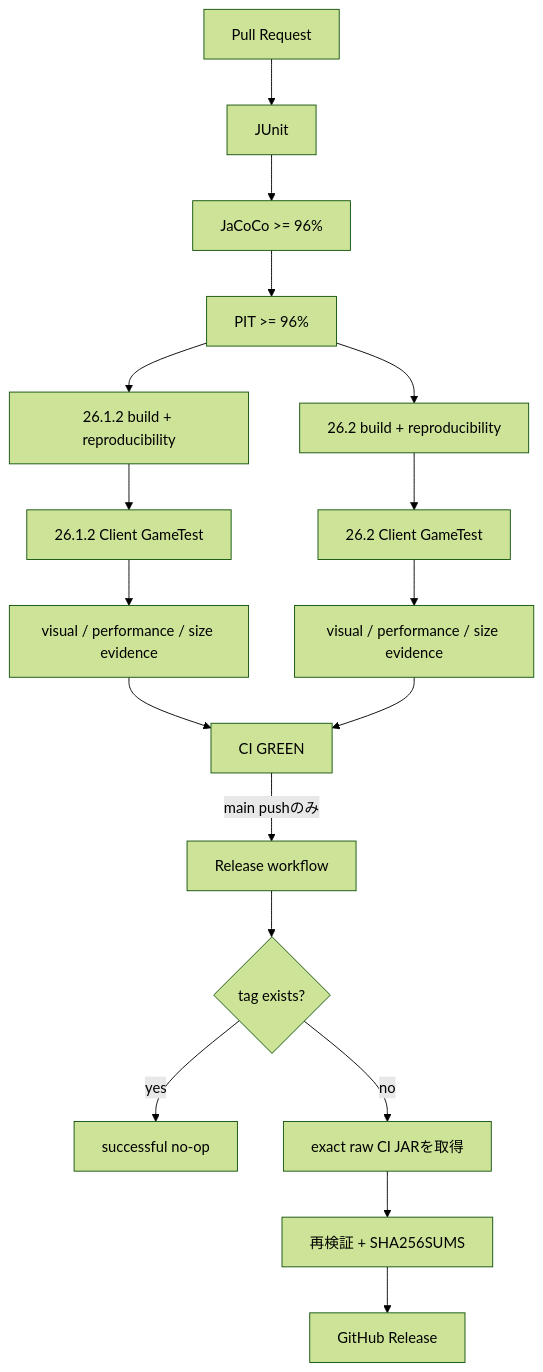
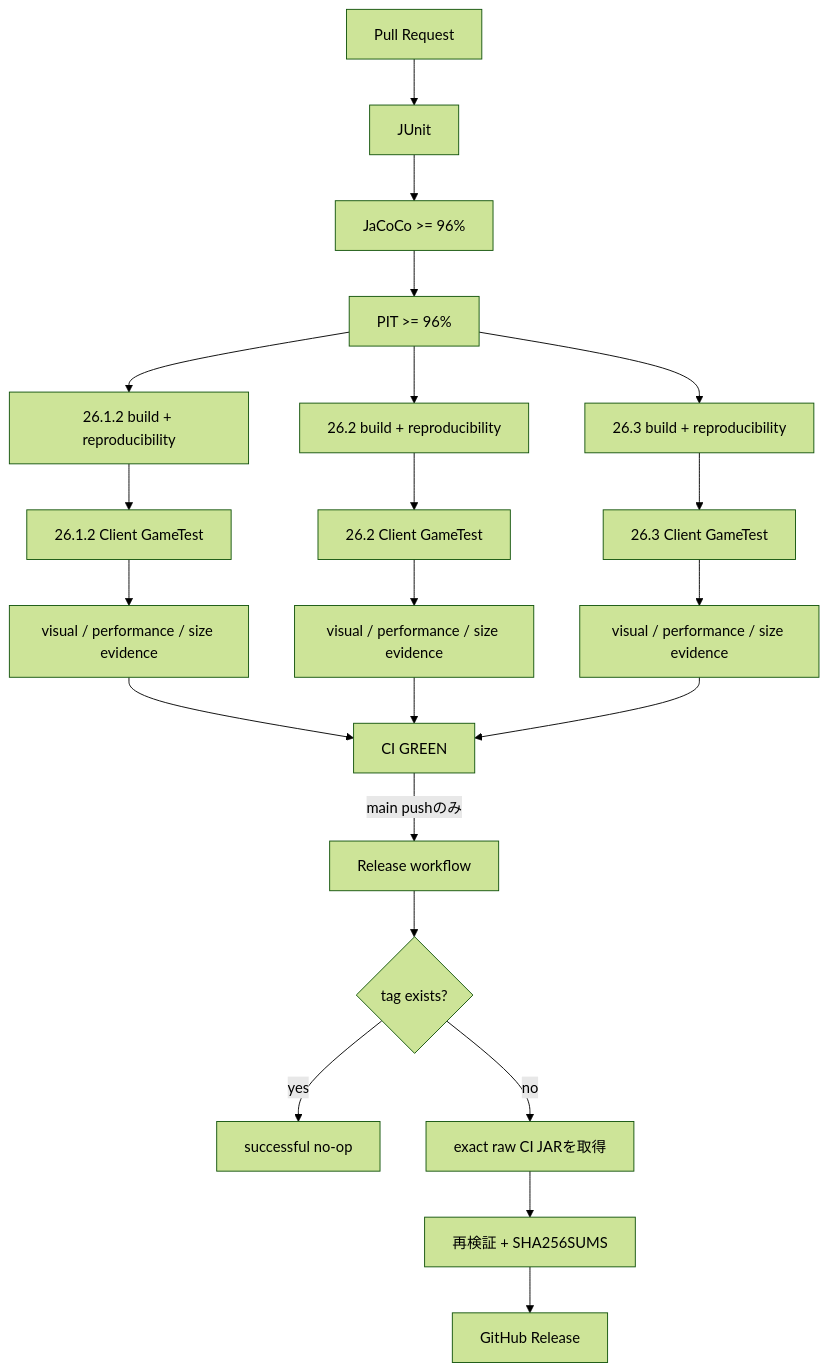
One commit to bosatsu25/BlockLens changed the fifth of 6 diagrams in README_ja.md. Above: the diagram before and after it, drawn with Mermaid (forest theme). The commit also changed other lines of this file and 1 other file, not shown here.

````diff
--- a/README_ja.md
+++ b/README_ja.md
@@ -284,20 +301,24 @@
 ```mermaid
 flowchart TD
     PR[Pull Request] --> U[JUnit]
     U --> J[JaCoCo >= 96%]
     J --> P[PIT >= 96%]
     P --> B1[26.1.2 build + reproducibility]
     P --> B2[26.2 build + reproducibility]
+    P --> B3[26.3 build + reproducibility]
     B1 --> G1[26.1.2 Client GameTest]
     B2 --> G2[26.2 Client GameTest]
+    B3 --> G3[26.3 Client GameTest]
     G1 --> A1[visual / performance / size evidence]
     G2 --> A2[visual / performance / size evidence]
+    G3 --> A3[visual / performance / size evidence]
     A1 --> GREEN[CI GREEN]
     A2 --> GREEN
+    A3 --> GREEN
     GREEN -->|main pushのみ| REL[Release workflow]
     REL --> VER{tag exists?}
     VER -- yes --> STOP[successful no-op]
     VER -- no --> RAW[exact raw CI JARを取得]
     RAW --> SHA[再検証 + SHA256SUMS]
     SHA --> PUB[GitHub Release]
 ```
````
